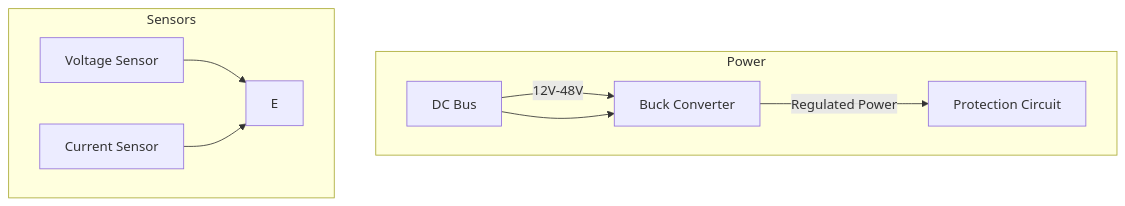
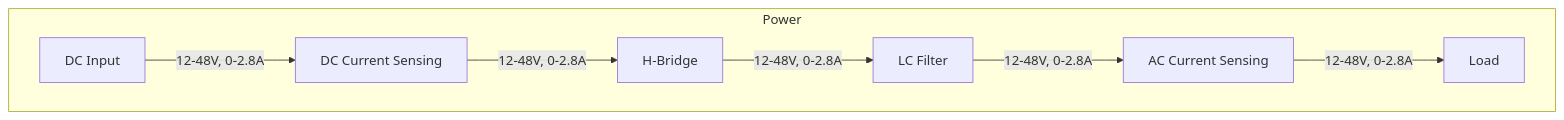
Before and after one commit to bcarrillo1051/Atinverter: the second of 4 diagrams in docs/hardware/a_v2_hw.md, drawn with Mermaid. The commit also changed other lines of this file and 46 other files, not shown here.

````diff
--- a/docs/hardware/a_v2_hw.md
+++ b/docs/hardware/a_v2_hw.md
@@ -11,13 +137,18 @@
 ```mermaid
 graph TD;
   subgraph Power
-  A[DC Bus] --> |12V-48V| B[Buck Converter]
-  A -->  
-  B --> |Regulated Power| D[Protection Circuit]
-  end
-  
-  subgraph Sensors
-    G[Voltage Sensor] --> E
-    H[Current Sensor] --> E
+  D[DC Input]
+  F[DC Current Sensing]
+  H[H-Bridge]
+  I[LC Filter]
+  J[AC Current Sensing]
+  M[Load]
+
+  D --> |12-48V, 0-2.8A| F
+  F --> |12-48V, 0-2.8A| H
+  H --> |12-48V, 0-2.8A| I
+  I --> |12-48V, 0-2.8A| J
+  J --> |12-48V, 0-2.8A| M
+
   end
 ```
````
